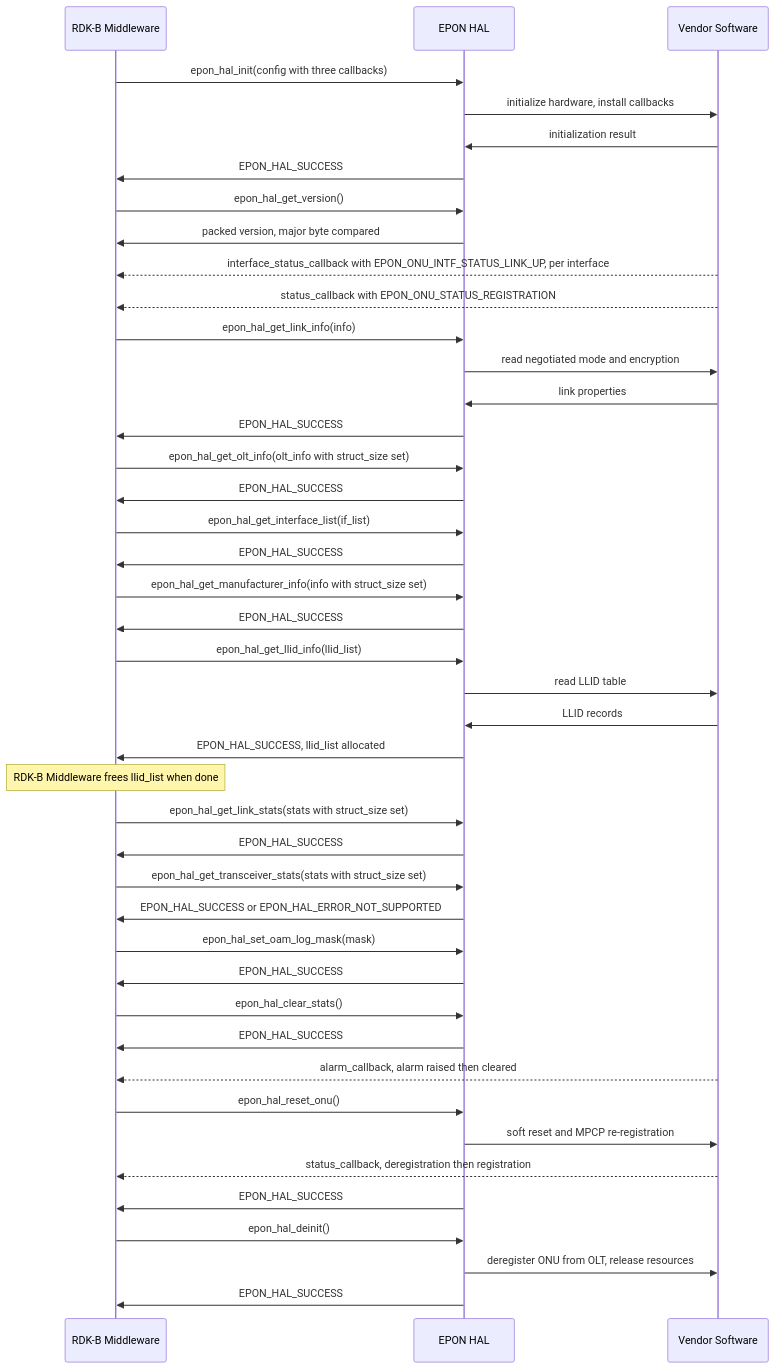
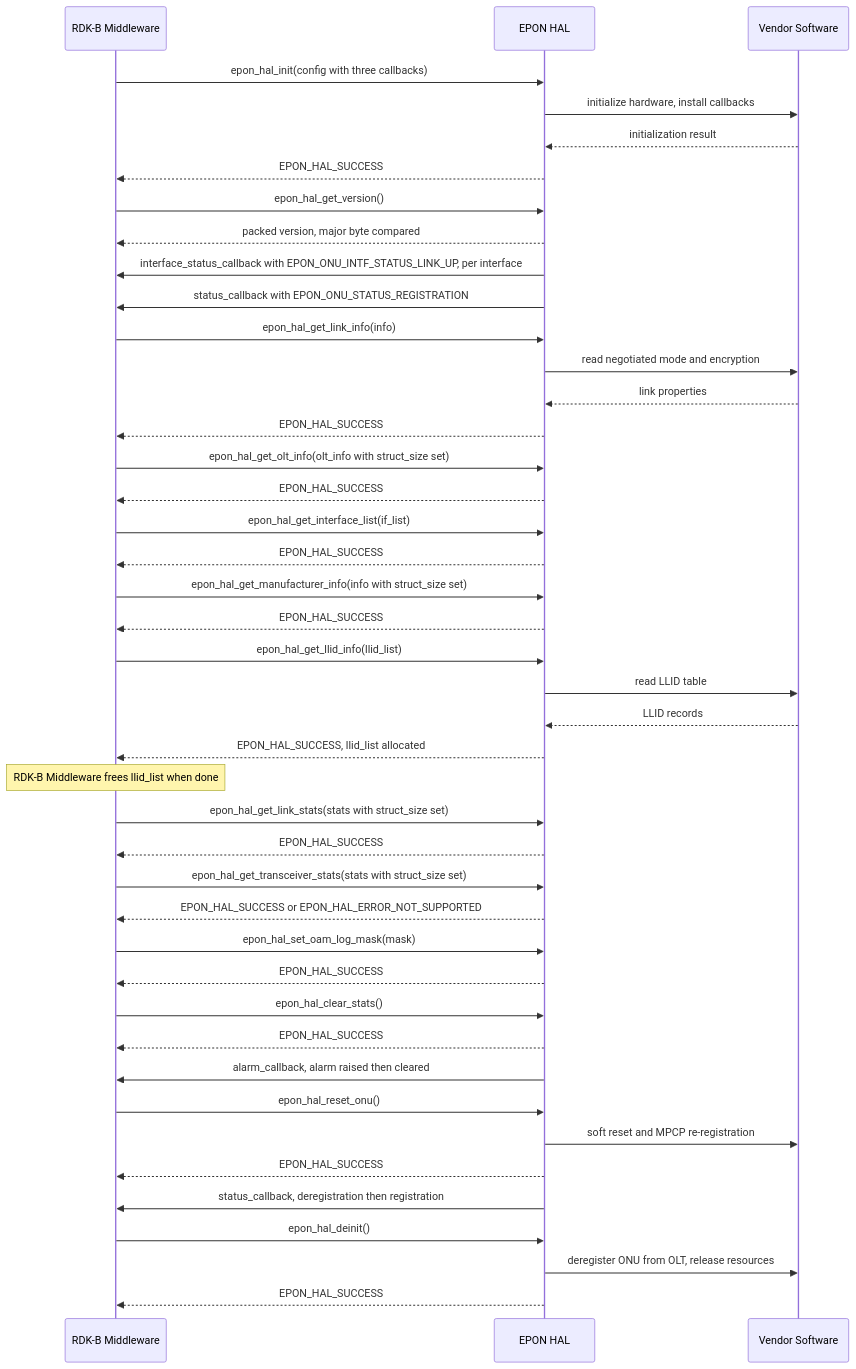
One commit to Blitzy-Sky/rdkb-halif-epon changed the second of 3 diagrams in docs/pages/halSpec.md. Above: the diagram before and after it, drawn with Mermaid. The commit also changed other lines of this file, not shown here.

Commit message:
docs: align the EPON HAL sequence diagram with its call and callback contract
Replies drawn as dashed arrows; the three callbacks drawn from the EPON HAL to the caller, as the header states the implementation invokes them; epon_hal_reset_onu() now returns before the registration callback, as Blocking calls states; the diagram rendering note is removed.

````diff
--- a/docs/pages/halSpec.md
+++ b/docs/pages/halSpec.md
@@ -534,45 +534,45 @@
 ```mermaid
 sequenceDiagram
     participant Caller as RDK-B Middleware
     participant HAL as EPON HAL
     participant Vendor as Vendor Software
     Caller->>HAL: epon_hal_init(config with three callbacks)
     HAL->>Vendor: initialize hardware, install callbacks
-    Vendor->>HAL: initialization result
-    HAL->>Caller: EPON_HAL_SUCCESS
+    Vendor-->>HAL: initialization result
+    HAL-->>Caller: EPON_HAL_SUCCESS
     Caller->>HAL: epon_hal_get_version()
-    HAL->>Caller: packed version, major byte compared
-    Vendor-->>Caller: interface_status_callback with EPON_ONU_INTF_STATUS_LINK_UP, per interface
-    Vendor-->>Caller: status_callback with EPON_ONU_STATUS_REGISTRATION
+    HAL-->>Caller: packed version, major byte compared
+    HAL->>Caller: interface_status_callback with EPON_ONU_INTF_STATUS_LINK_UP, per interface
+    HAL->>Caller: status_callback with EPON_ONU_STATUS_REGISTRATION
     Caller->>HAL: epon_hal_get_link_info(info)
     HAL->>Vendor: read negotiated mode and encryption
-    Vendor->>HAL: link properties
-    HAL->>Caller: EPON_HAL_SUCCESS
+    Vendor-->>HAL: link properties
+    HAL-->>Caller: EPON_HAL_SUCCESS
     Caller->>HAL: epon_hal_get_olt_info(olt_info with struct_size set)
-    HAL->>Caller: EPON_HAL_SUCCESS
+    HAL-->>Caller: EPON_HAL_SUCCESS
     Caller->>HAL: epon_hal_get_interface_list(if_list)
-    HAL->>Caller: EPON_HAL_SUCCESS
+    HAL-->>Caller: EPON_HAL_SUCCESS
     Caller->>HAL: epon_hal_get_manufacturer_info(info with struct_size set)
-    HAL->>Caller: EPON_HAL_SUCCESS
+    HAL-->>Caller: EPON_HAL_SUCCESS
     Caller->>HAL: epon_hal_get_llid_info(llid_list)
     HAL->>Vendor: read LLID table
-    Vendor->>HAL: LLID records
-    HAL->>Caller: EPON_HAL_SUCCESS, llid_list allocated
+    Vendor-->>HAL: LLID records
+    HAL-->>Caller: EPON_HAL_SUCCESS, llid_list allocated
     note over Caller: RDK-B Middleware frees llid_list when done
     Caller->>HAL: epon_hal_get_link_stats(stats with struct_size set)
-    HAL->>Caller: EPON_HAL_SUCCESS
+    HAL-->>Caller: EPON_HAL_SUCCESS
     Caller->>HAL: epon_hal_get_transceiver_stats(stats with struct_size set)
-    HAL->>Caller: EPON_HAL_SUCCESS or EPON_HAL_ERROR_NOT_SUPPORTED
+    HAL-->>Caller: EPON_HAL_SUCCESS or EPON_HAL_ERROR_NOT_SUPPORTED
     Caller->>HAL: epon_hal_set_oam_log_mask(mask)
-    HAL->>Caller: EPON_HAL_SUCCESS
+    HAL-->>Caller: EPON_HAL_SUCCESS
     Caller->>HAL: epon_hal_clear_stats()
-    HAL->>Caller: EPON_HAL_SUCCESS
-    Vendor-->>Caller: alarm_callback, alarm raised then cleared
+    HAL-->>Caller: EPON_HAL_SUCCESS
+    HAL->>Caller: alarm_callback, alarm raised then cleared
     Caller->>HAL: epon_hal_reset_onu()
     HAL->>Vendor: soft reset and MPCP re-registration
-    Vendor-->>Caller: status_callback, deregistration then registration
-    HAL->>Caller: EPON_HAL_SUCCESS
+    HAL-->>Caller: EPON_HAL_SUCCESS
+    HAL->>Caller: status_callback, deregistration then registration
     Caller->>HAL: epon_hal_deinit()
     HAL->>Vendor: deregister ONU from OLT, release resources
-    HAL->>Caller: EPON_HAL_SUCCESS
+    HAL-->>Caller: EPON_HAL_SUCCESS
 ```
````
